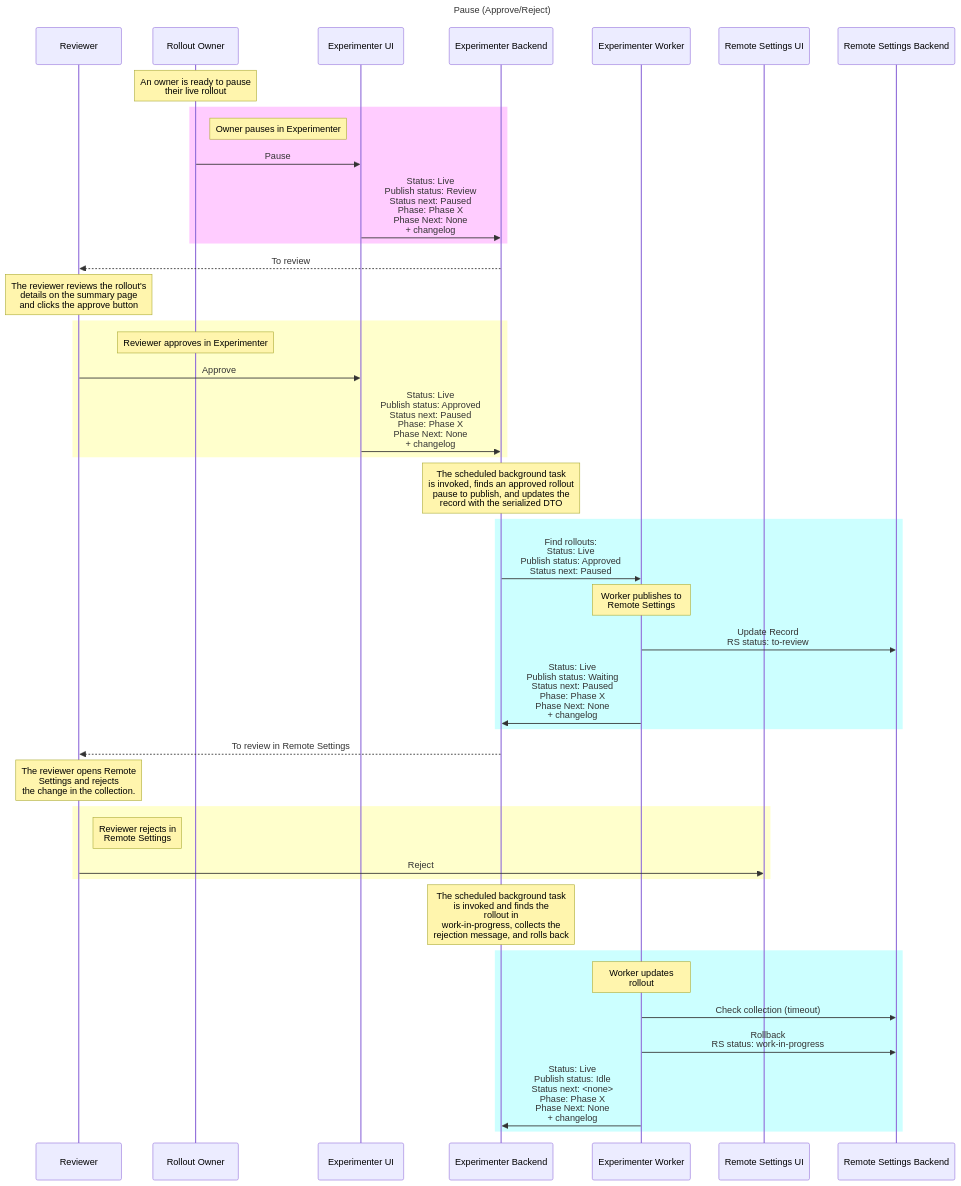
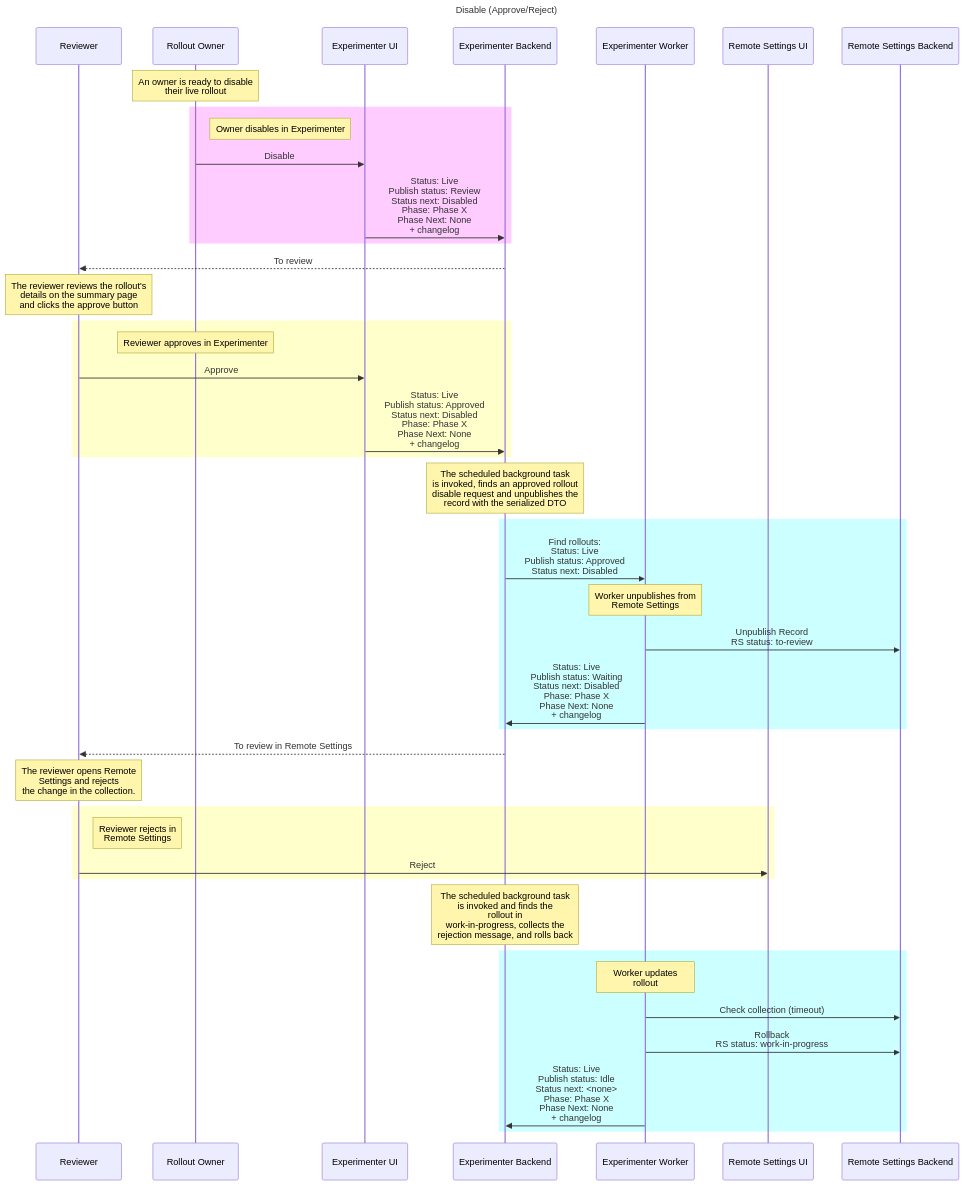
Diagram 18 of 27 in docs/experimenter/rollouts.md (mozilla/experimenter), drawn with Mermaid before and after one commit. The commit also changed other lines of this file, not shown here.

First line of the commit message:
docs(nimbus): Add rollout mermaid diagrams

````diff
--- a/docs/experimenter/rollouts.md
+++ b/docs/experimenter/rollouts.md
@@ -787,55 +787,55 @@
 ```mermaid
   sequenceDiagram
     participant Reviewer
     participant Rollout Owner
     participant Experimenter UI
     participant Experimenter Backend
     participant Experimenter Worker
     participant Remote Settings UI
     participant Remote Settings Backend
-    title Pause (Approve/Reject)
+    title Disable (Approve/Reject)
     
-    Note over Rollout Owner: An owner is ready to pause <br/> their live rollout
+    Note over Rollout Owner: An owner is ready to disable <br/> their live rollout
     
     rect rgb(255,204,255) 
-        Note right of Rollout Owner: Owner pauses in Experimenter
-        Rollout Owner->>Experimenter UI: Pause
-        Experimenter UI->>Experimenter Backend: Status: Live <br/> Publish status: Review <br/> Status next: Paused <br/> Phase: Phase X <br/> Phase Next: None <br/> + changelog
+        Note right of Rollout Owner: Owner disables in Experimenter
+        Rollout Owner->>Experimenter UI: Disable
+        Experimenter UI->>Experimenter Backend: Status: Live <br/> Publish status: Review <br/> Status next: Disabled <br/> Phase: Phase X <br/> Phase Next: None <br/> + changelog
     end 
     
     Experimenter Backend-->>Reviewer: To review
     Note over Reviewer: The reviewer reviews the rollout's <br/> details on the summary page <br/> and clicks the approve button
     
     rect rgb(255,255,204) 
         Note over Rollout Owner: Reviewer approves in Experimenter
         Reviewer->>Experimenter UI: Approve
-        Experimenter UI->>Experimenter Backend: Status: Live <br/> Publish status: Approved <br/> Status next: Paused <br/> Phase: Phase X <br/> Phase Next: None <br/> + changelog
+        Experimenter UI->>Experimenter Backend: Status: Live <br/> Publish status: Approved <br/> Status next: Disabled <br/> Phase: Phase X <br/> Phase Next: None <br/> + changelog
     end 
  
-    Note over Experimenter Backend: The scheduled background task <br/> is invoked, finds an approved rollout <br/> pause to publish, and updates the <br/> record with the serialized DTO
+    Note over Experimenter Backend: The scheduled background task <br/> is invoked, finds an approved rollout <br/> disable request and unpublishes the <br/> record with the serialized DTO
     
     rect rgb(204,255,255) 
-        Experimenter Backend->>Experimenter Worker: Find rollouts: <br/> Status: Live <br/> Publish status: Approved <br/> Status next: Paused
-        Note over Experimenter Worker: Worker publishes to <br/>Remote Settings
-        Experimenter Worker->>Remote Settings Backend: Update Record <br/> RS status: to-review
-        Experimenter Worker->>Experimenter Backend: Status: Live <br/> Publish status: Waiting <br/> Status next: Paused <br/> Phase: Phase X <br/> Phase Next: None <br/> + changelog
+        Experimenter Backend->>Experimenter Worker: Find rollouts: <br/> Status: Live <br/> Publish status: Approved <br/> Status next: Disabled
+        Note over Experimenter Worker: Worker unpublishes from <br/>Remote Settings
+        Experimenter Worker->>Remote Settings Backend: Unpublish Record <br/> RS status: to-review
+        Experimenter Worker->>Experimenter Backend: Status: Live <br/> Publish status: Waiting <br/> Status next: Disabled <br/> Phase: Phase X <br/> Phase Next: None <br/> + changelog
     end 
 
     Experimenter Backend-->>Reviewer: To review in Remote Settings
     
     Note over Reviewer: The reviewer opens Remote <br/> Settings and rejects <br/> the change in the collection.
 
     rect rgb(255,255,204) 
         Note right of Reviewer: Reviewer rejects in <br/>Remote Settings
         Reviewer->>Remote Settings UI: Reject
     end 
 
     Note over Experimenter Backend: The scheduled background task <br/> is invoked and finds the <br/> rollout in <br/> work-in-progress, collects the <br/> rejection message, and rolls back
 
     rect rgb(204,255,255) 
         Note over Experimenter Worker: Worker updates <br/> rollout
         Experimenter Worker->>Remote Settings Backend: Check collection (timeout)
         Experimenter Worker->>Remote Settings Backend: Rollback <br/> RS status: work-in-progress
         Experimenter Worker->>Experimenter Backend:  Status: Live <br/> Publish status: Idle <br/> Status next: <none> <br/> Phase: Phase X <br/> Phase Next: None <br/> + changelog
     end 
 ```
````
